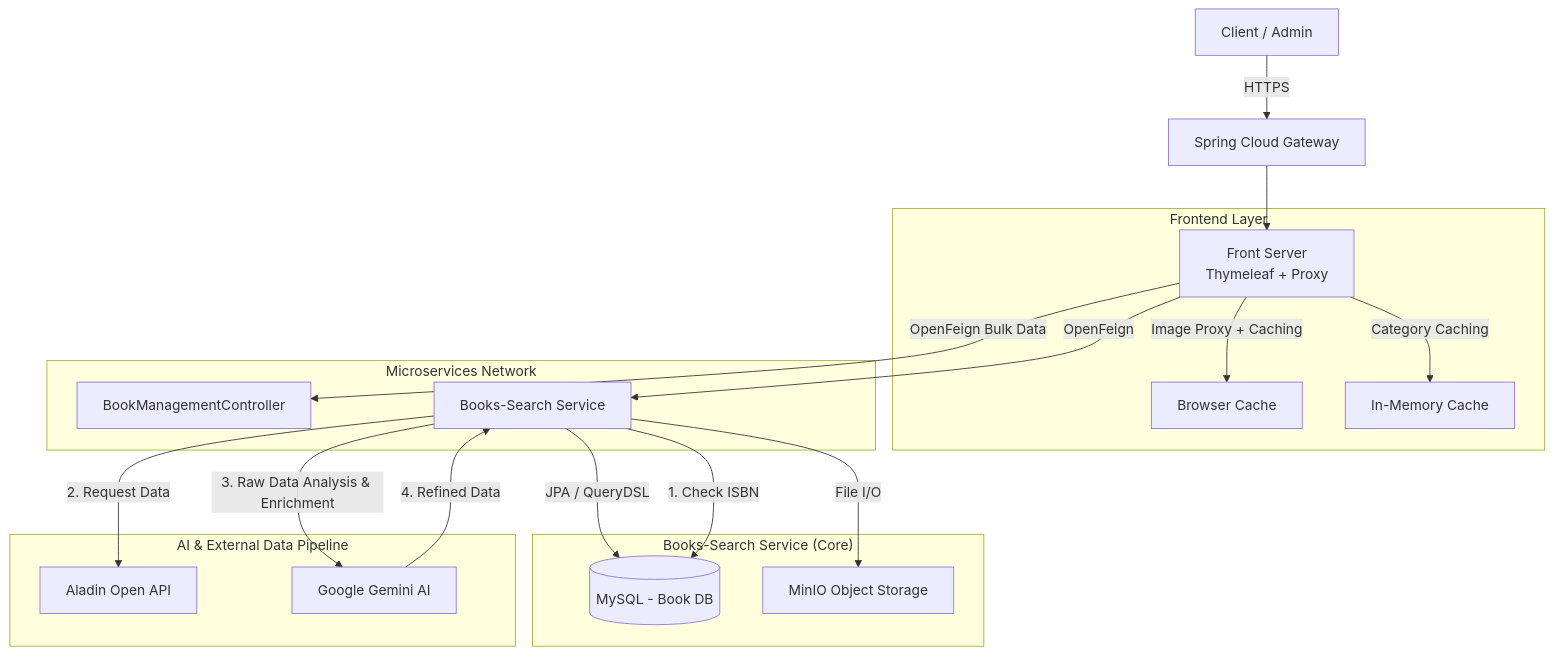
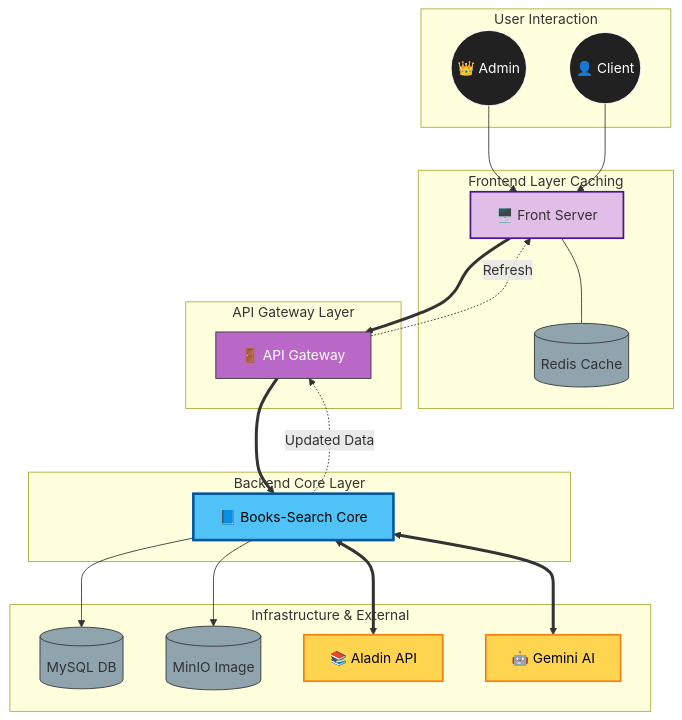
Before and after one commit to hetgwi01/Hetgwi01: the first of 3 diagrams in project/daiso-book/ARCHITECTURE.md, drawn with Mermaid. The commit also changed other lines of this file, not shown here.

Commit message:
mermaid 수정

````diff
--- a/project/daiso-book/ARCHITECTURE.md
+++ b/project/daiso-book/ARCHITECTURE.md
@@ -39,27 +39,64 @@
 ```mermaid
-graph TD
-    User[Client / Admin] -->|HTTPS| Gateway[Spring Cloud Gateway]
-    Gateway --> Front[Front Server<br/>Thymeleaf + Proxy]
+graph TB
+    %% 1. 스타일 상세 정의
+    classDef actor fill:#212121,stroke:#fff,color:#fff
+    classDef front fill:#E1BEE7,stroke:#4A148C,stroke-width:2px
+    classDef gateway fill:#BA68C8,stroke:#333,color:#fff
+    classDef core fill:#4FC3F7,stroke:#01579B,stroke-width:3px,color:#000
+    classDef storage fill:#90A4AE,stroke:#333
+    classDef external fill:#FFD54F,stroke:#F57F17,stroke-width:2px,color:#000
 
-    subgraph "Frontend Layer"
-        Front -->|Image Proxy + Caching| Browser[Browser Cache]
-        Front -->|Category Caching| Memory[In-Memory Cache]
+    %% 2. User Interaction
+    subgraph User_Interaction [User Interaction]
+        Admin((👑 Admin))
+        User((👤 Client))
     end
 
-    subgraph "Microservices Network"
-        Front -->|OpenFeign Bulk Data| BookAdmin[BookManagementController]
-        Front -->|OpenFeign| BookSvc[Books-Search Service]
+    %% 3. Frontend Layer
+    subgraph Frontend_Layer [Frontend Layer Caching]
+        Front[🖥️ Front Server]
+        FrontRedis[(Redis Cache)]
+        Front --- FrontRedis
     end
 
-    subgraph "Books-Search Service (Core)"
-        BookSvc -->|JPA / QueryDSL| DB[(MySQL - Book DB)]
-        BookSvc -->|File I/O| MinIO[MinIO Object Storage]
+    %% 4. API Gateway Layer
+    subgraph Gateway_Layer [API Gateway Layer]
+        Gateway[🚪 API Gateway]
     end
 
-    subgraph "AI & External Data Pipeline"
-        BookSvc -- 1. Check ISBN --> DB
-        BookSvc -- 2. Request Data --> Aladin[Aladin Open API]
-        BookSvc -- 3. Raw Data Analysis & Enrichment --> Gemini[Google Gemini AI]
-        Gemini -- 4. Refined Data --> BookSvc
+    %% 5. Backend Core Layer
+    subgraph Backend_Core [Backend Core Layer]
+        BookCore[📘 Books-Search Core]
     end
+
+    %% 6. Infrastructure & External
+    subgraph Infra_External [Infrastructure & External]
+        MySQL[(MySQL DB)]
+        MinIO[(MinIO Image)]
+        Aladin[📚 Aladin API]
+        Gemini[🤖 Gemini AI]
+    end
+
+    %% 7. 연결 흐름 (에러 방지를 위해 개별 선언)
+    Admin --> Front
+    User --> Front
+    Front ==> Gateway
+    Gateway ==> BookCore
+
+    BookCore --> MySQL
+    BookCore --> MinIO
+    BookCore <==> Aladin
+    BookCore <==> Gemini
+
+    %% 8. Redis 갱신 흐름 (점선)
+    BookCore -.->|Updated Data| Gateway
+    Gateway -.->|Refresh| Front
+
+    %% 9. 클래스 적용 (ID 기반 분리 적용)
+    class Admin,User actor
+    class Front front
+    class Gateway gateway
+    class BookCore core
+    class FrontRedis,MySQL,MinIO storage
+    class Aladin,Gemini external
 ```
````
